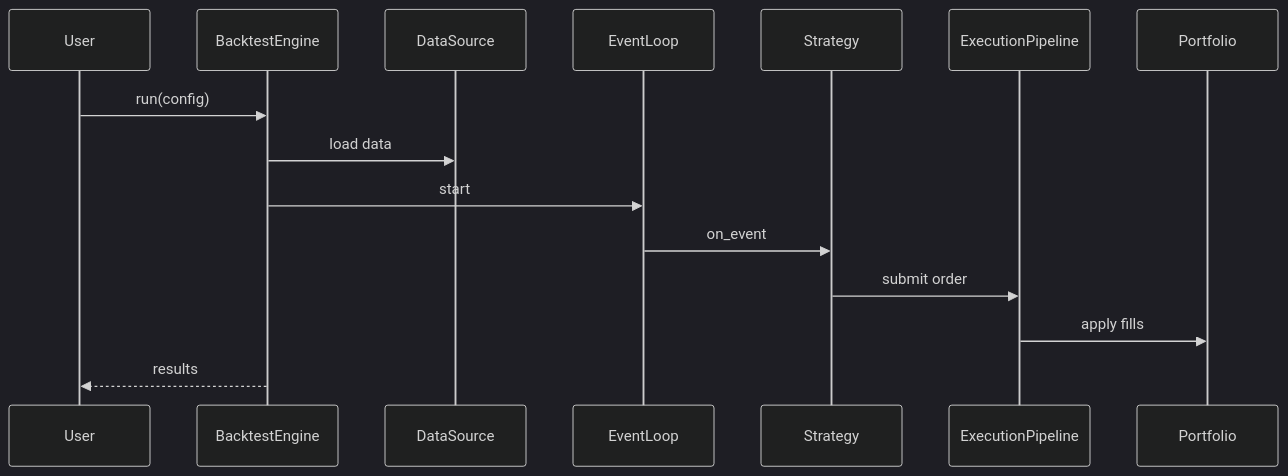
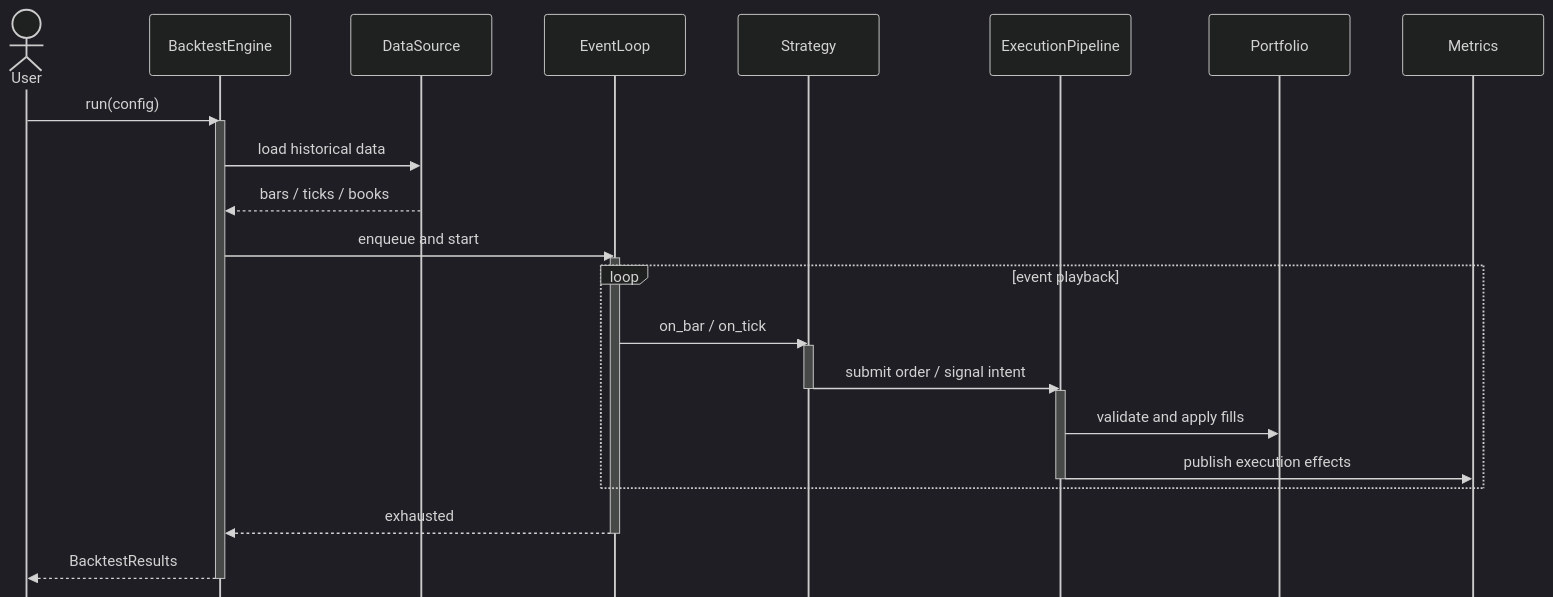
The diagram in docs/diagrams/sequence-backtest.md (gregorian-09/regime-flow), drawn with Mermaid (dark theme) before and after one commit. The commit also changed 7 other files, not shown here.

Commit message:
docs(diagrams): improve mermaid rendering and styling

````diff
--- a/docs/diagrams/sequence-backtest.md
+++ b/docs/diagrams/sequence-backtest.md
@@ -3,18 +3,33 @@
 ```mermaid
+%%{init: {"sequence": {"mirrorActors": false, "actorMargin": 56, "messageMargin": 28}}}%%
 sequenceDiagram
-  participant User
-  participant BacktestEngine
-  participant DataSource
-  participant EventLoop
-  participant Strategy
-  participant ExecutionPipeline
-  participant Portfolio
+  actor User
+  participant BacktestEngine as BacktestEngine
+  participant DataSource as DataSource
+  participant EventLoop as EventLoop
+  participant Strategy as Strategy
+  participant ExecutionPipeline as ExecutionPipeline
+  participant Portfolio as Portfolio
+  participant Metrics as Metrics
 
   User->>BacktestEngine: run(config)
-  BacktestEngine->>DataSource: load data
-  BacktestEngine->>EventLoop: start
-  EventLoop->>Strategy: on_event
-  Strategy->>ExecutionPipeline: submit order
-  ExecutionPipeline->>Portfolio: apply fills
-  BacktestEngine-->>User: results
+  activate BacktestEngine
+  BacktestEngine->>DataSource: load historical data
+  DataSource-->>BacktestEngine: bars / ticks / books
+  BacktestEngine->>EventLoop: enqueue and start
+  activate EventLoop
+  loop event playback
+    EventLoop->>Strategy: on_bar / on_tick
+    activate Strategy
+    Strategy->>ExecutionPipeline: submit order / signal intent
+    deactivate Strategy
+    activate ExecutionPipeline
+    ExecutionPipeline->>Portfolio: validate and apply fills
+    ExecutionPipeline->>Metrics: publish execution effects
+    deactivate ExecutionPipeline
+  end
+  EventLoop-->>BacktestEngine: exhausted
+  deactivate EventLoop
+  BacktestEngine-->>User: BacktestResults
+  deactivate BacktestEngine
 ```
````
